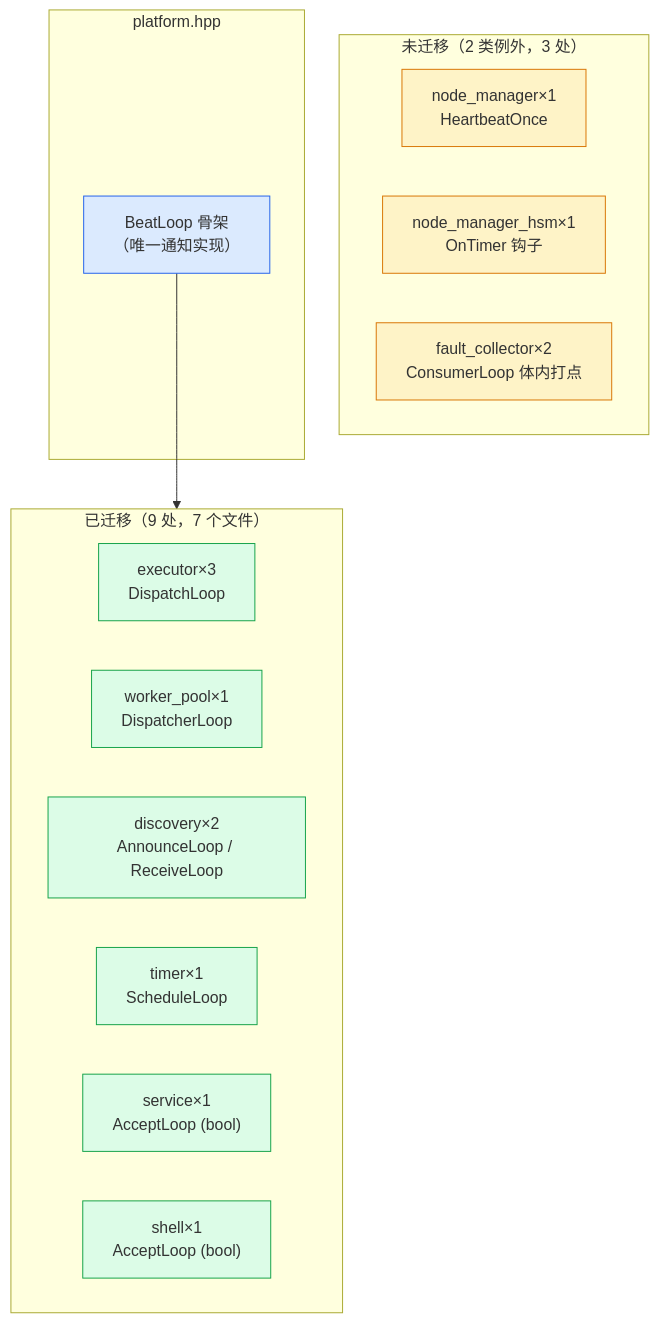
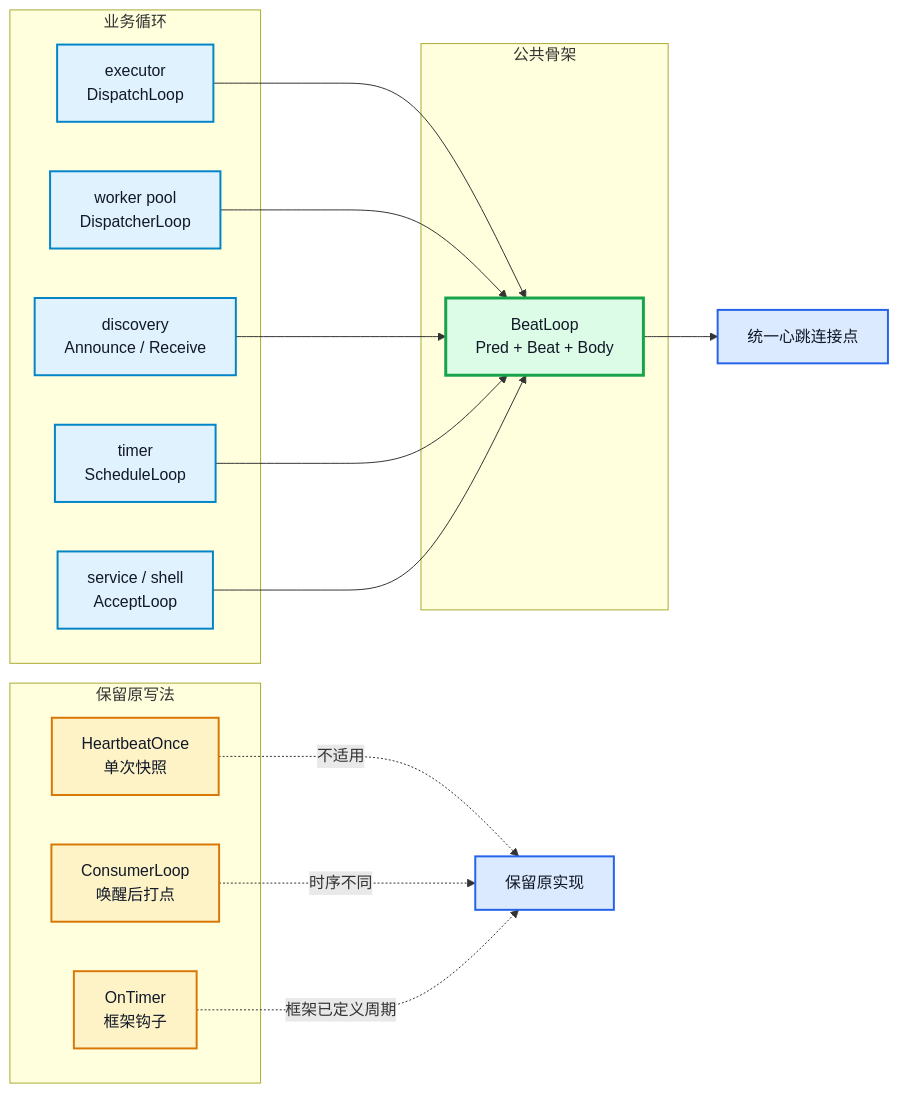
One commit to DeguiLiu/tech-notes changed the third of 3 diagrams in content/posts/pattern/compile_time_aop_invariants.md. Above: the diagram before and after it, drawn with Mermaid. The commit also changed other lines of this file and 3 other files, not shown here.

````diff
--- a/content/posts/pattern/compile_time_aop_invariants.md
+++ b/content/posts/pattern/compile_time_aop_invariants.md
@@ -177,23 +249,40 @@
 ```mermaid
-flowchart TB
-    subgraph IN["已迁移（9 处，7 个文件）"]
-        E1["executor×3<br/>DispatchLoop"]:::ok
-        E2["worker_pool×1<br/>DispatcherLoop"]:::ok
-        D1["discovery×2<br/>AnnounceLoop / ReceiveLoop"]:::ok
-        T1["timer×1<br/>ScheduleLoop"]:::ok
-        S1["service×1<br/>AcceptLoop (bool)"]:::ok
-        SH1["shell×1<br/>AcceptLoop (bool)"]:::ok
+flowchart LR
+    subgraph CALLERS[业务循环]
+        E["executor<br/>DispatchLoop"]
+        P["worker pool<br/>DispatcherLoop"]
+        D["discovery<br/>Announce / Receive"]
+        T["timer<br/>ScheduleLoop"]
+        S["service / shell<br/>AcceptLoop"]
     end
-    subgraph EX["未迁移（2 类例外，3 处）"]
-        NM1["node_manager×1<br/>HeartbeatOnce"]:::exc
-        NH1["node_manager_hsm×1<br/>OnTimer 钩子"]:::exc
-        FC1["fault_collector×2<br/>ConsumerLoop 体内打点"]:::exc
+
+    subgraph CORE[公共骨架]
+        B["BeatLoop<br/>Pred + Beat + Body"]
     end
-    subgraph HEAD["platform.hpp"]
-        BL["BeatLoop 骨架<br/>（唯一通知实现）"]:::core
+
+    subgraph KEEP[保留原写法]
+        N["HeartbeatOnce<br/>单次快照"]
+        F["ConsumerLoop<br/>唤醒后打点"]
+        O["OnTimer<br/>框架钩子"]
     end
-    BL --> IN
-    classDef exc fill:#fef3c7,stroke:#d97706
-    classDef ok fill:#dcfce7,stroke:#16a34a
-    classDef core fill:#dbeafe,stroke:#2563eb
+
+    E --> B
+    P --> B
+    D --> B
+    T --> B
+    S --> B
+    B --> H[统一心跳连接点]
+
+    N -. 不适用 .-> K[保留原实现]
+    F -. 时序不同 .-> K
+    O -. 框架已定义周期 .-> K
+
+    classDef caller fill:#e0f2fe,stroke:#0284c7,stroke-width:2px,color:#111827
+    classDef core fill:#dcfce7,stroke:#16a34a,stroke-width:3px,color:#111827
+    classDef keep fill:#fef3c7,stroke:#d97706,stroke-width:2px,color:#111827
+    classDef result fill:#dbeafe,stroke:#2563eb,stroke-width:2px,color:#111827
+    class E,P,D,T,S caller
+    class B core
+    class N,F,O keep
+    class H,K result
 ```
````
